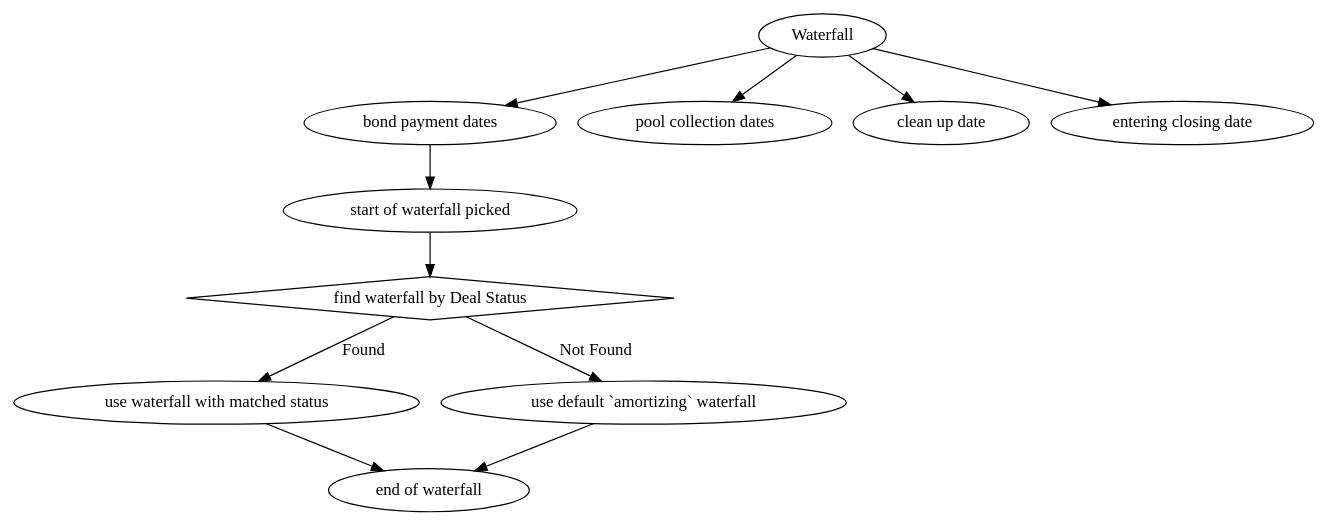
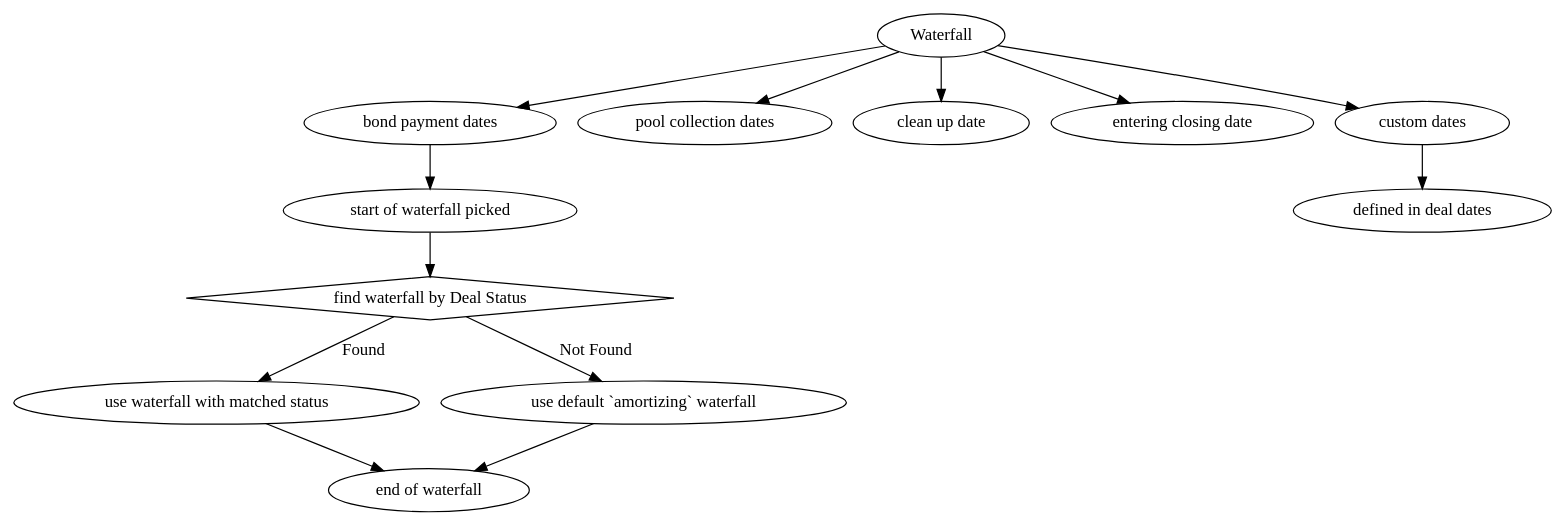
The seventh of 7 diagrams in docs/source/modeling.rst (yellowbean/AbsBox), drawn with Graphviz before and after one commit. The commit also changed other lines of this file and 3 other files, not shown here.

```diff
--- a/docs/source/modeling.rst
+++ b/docs/source/modeling.rst
@@ -2270,22 +2294,23 @@
 .. graphviz::
     :name: sphinx.ext.graphviz
     :caption: deal waterfall
     :alt: deal waterfall
     :align: center
 
     digraph {
        "Waterfall" -> "bond payment dates"
        "bond payment dates" -> "start of waterfall picked"
        "start of waterfall picked" -> statusChoice
        statusChoice  [shape="diamond", label="find waterfall by Deal Status"]
        statusChoice -> useDealStatusWaterfall  [label="Found"]
        statusChoice -> "use default `amortizing` waterfall" [label="Not Found"]
        useDealStatusWaterfall [label="use waterfall with matched status"]
        "use default `amortizing` waterfall"  -> "end of waterfall"
        useDealStatusWaterfall -> "end of waterfall"
 
        "Waterfall" -> "pool collection dates"
        "Waterfall" -> "clean up date"
        "Waterfall" -> "entering closing date"
+       "Waterfall" -> "custom dates" -> "defined in deal dates"
        
     }
```
